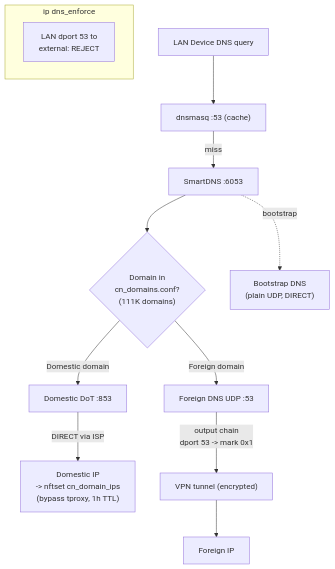
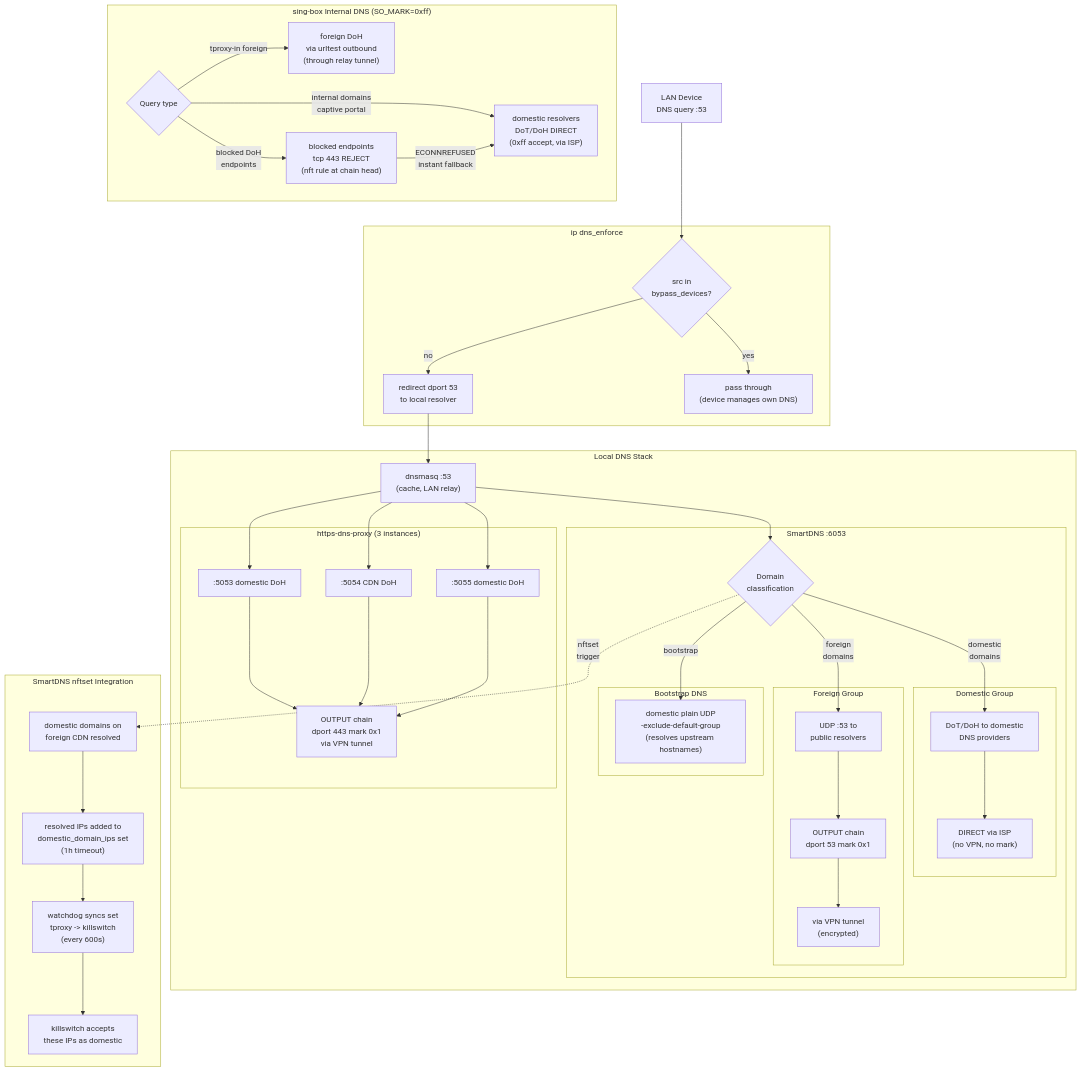
The second of 5 diagrams in README.md (HouMinXi/surflare-watchdog), drawn with Mermaid before and after one commit. The commit also changed other lines of this file, not shown here.

First line of the commit message:
update architecture diagrams in README

````diff
--- a/README.md
+++ b/README.md
@@ -125,21 +136,78 @@
 ```mermaid
-flowchart TD
-    QUERY["LAN Device DNS query"] --> DNSMASQ["dnsmasq :53 (cache)"]
+flowchart TB
+    LAN["LAN Device<br/>DNS query :53"]
 
-    DNSMASQ -->|miss| SMARTDNS["SmartDNS :6053"]
+    subgraph DNSEnforce["ip dns_enforce"]
+        ENF_CHK{"src in<br/>bypass_devices?"}
+        ENF_REDIR["redirect dport 53<br/>to local resolver"]
+        ENF_PASS["pass through<br/>(device manages own DNS)"]
+    end
 
-    SMARTDNS --> SPLIT{"Domain in<br/>cn_domains.conf?<br/>(111K domains)"}
+    LAN --> ENF_CHK
+    ENF_CHK -->|no| ENF_REDIR
+    ENF_CHK -->|yes| ENF_PASS
 
-    SPLIT -->|"Domestic domain"| DOM["Domestic DoT :853"]
-    DOM -->|"DIRECT via ISP"| RESULT_CN["Domestic IP<br/>-> nftset cn_domain_ips<br/>(bypass tproxy, 1h TTL)"]
+    subgraph LocalDNS["Local DNS Stack"]
+        DNSMASQ["dnsmasq :53<br/>(cache, LAN relay)"]
 
-    SPLIT -->|"Foreign domain"| FOR["Foreign DNS UDP :53"]
-    FOR -->|"output chain<br/>dport 53 -> mark 0x1"| VPN["VPN tunnel (encrypted)"]
-    VPN --> RESULT_FOR["Foreign IP"]
+        subgraph SmartDNS["SmartDNS :6053"]
+            SDNS_ROUTE{"Domain<br/>classification"}
 
-    SMARTDNS -.->|bootstrap| BOOT["Bootstrap DNS<br/>(plain UDP, DIRECT)"]
+            subgraph DomGroup["Domestic Group"]
+                DOM_DOT["DoT/DoH to domestic<br/>DNS providers"]
+                DOM_DIRECT["DIRECT via ISP<br/>(no VPN, no mark)"]
+            end
 
-    subgraph ENFORCE["ip dns_enforce"]
-        BLOCK["LAN dport 53 to<br/>external: REJECT"]
+            subgraph ForGroup["Foreign Group"]
+                FOR_UDP["UDP :53 to<br/>public resolvers"]
+                FOR_MARK["OUTPUT chain<br/>dport 53 mark 0x1"]
+                FOR_VPN["via VPN tunnel<br/>(encrypted)"]
+            end
+
+            subgraph Bootstrap["Bootstrap DNS"]
+                BOOT["domestic plain UDP<br/>-exclude-default-group<br/>(resolves upstream hostnames)"]
+            end
+        end
+
+        subgraph DoHProxy["https-dns-proxy (3 instances)"]
+            DOH_ALI[":5053 domestic DoH"]
+            DOH_CF[":5054 CDN DoH"]
+            DOH_PUB[":5055 domestic DoH"]
+            DOH_MARK["OUTPUT chain<br/>dport 443 mark 0x1<br/>via VPN tunnel"]
+        end
     end
+
+    ENF_REDIR --> DNSMASQ
+    DNSMASQ --> SDNS_ROUTE
+    DNSMASQ --> DOH_ALI & DOH_CF & DOH_PUB
+
+    SDNS_ROUTE -->|"domestic<br/>domains"| DOM_DOT
+    SDNS_ROUTE -->|"foreign<br/>domains"| FOR_UDP
+    SDNS_ROUTE -->|"bootstrap"| BOOT
+
+    DOM_DOT --> DOM_DIRECT
+    FOR_UDP --> FOR_MARK --> FOR_VPN
+    DOH_ALI & DOH_CF & DOH_PUB --> DOH_MARK
+
+    subgraph ProxyDNS["sing-box Internal DNS (SO_MARK=0xff)"]
+        SB_DNS_ROUTE{"Query type"}
+        SB_DIRECT_DNS["domestic resolvers<br/>DoT/DoH DIRECT<br/>(0xff accept, via ISP)"]
+        SB_REMOTE_DNS["foreign DoH<br/>via urltest outbound<br/>(through relay tunnel)"]
+        SB_REJECT["blocked endpoints<br/>tcp 443 REJECT<br/>(nft rule at chain head)"]
+    end
+
+    SB_DNS_ROUTE -->|"internal domains<br/>captive portal"| SB_DIRECT_DNS
+    SB_DNS_ROUTE -->|"tproxy-in foreign"| SB_REMOTE_DNS
+    SB_DNS_ROUTE -->|"blocked DoH<br/>endpoints"| SB_REJECT
+    SB_REJECT -->|"ECONNREFUSED<br/>instant fallback"| SB_DIRECT_DNS
+
+    subgraph NftSet["SmartDNS nftset Integration"]
+        NFTSET_RESOLVE["domestic domains on<br/>foreign CDN resolved"]
+        NFTSET_ADD["resolved IPs added to<br/>domestic_domain_ips set<br/>(1h timeout)"]
+        NFTSET_SYNC["watchdog syncs set<br/>tproxy -> killswitch<br/>(every 600s)"]
+        NFTSET_BYPASS["killswitch accepts<br/>these IPs as domestic"]
+    end
+
+    SDNS_ROUTE -.->|"nftset<br/>trigger"| NFTSET_RESOLVE
+    NFTSET_RESOLVE --> NFTSET_ADD --> NFTSET_SYNC --> NFTSET_BYPASS
 ```
````
